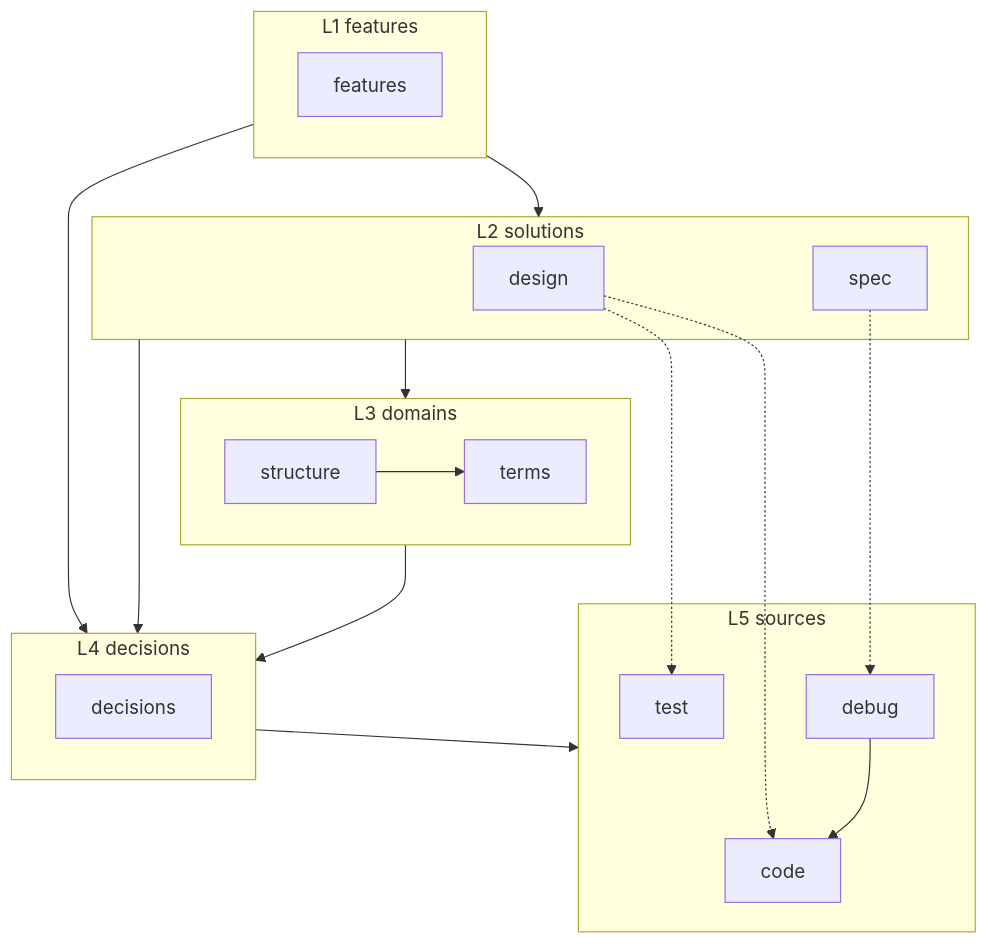
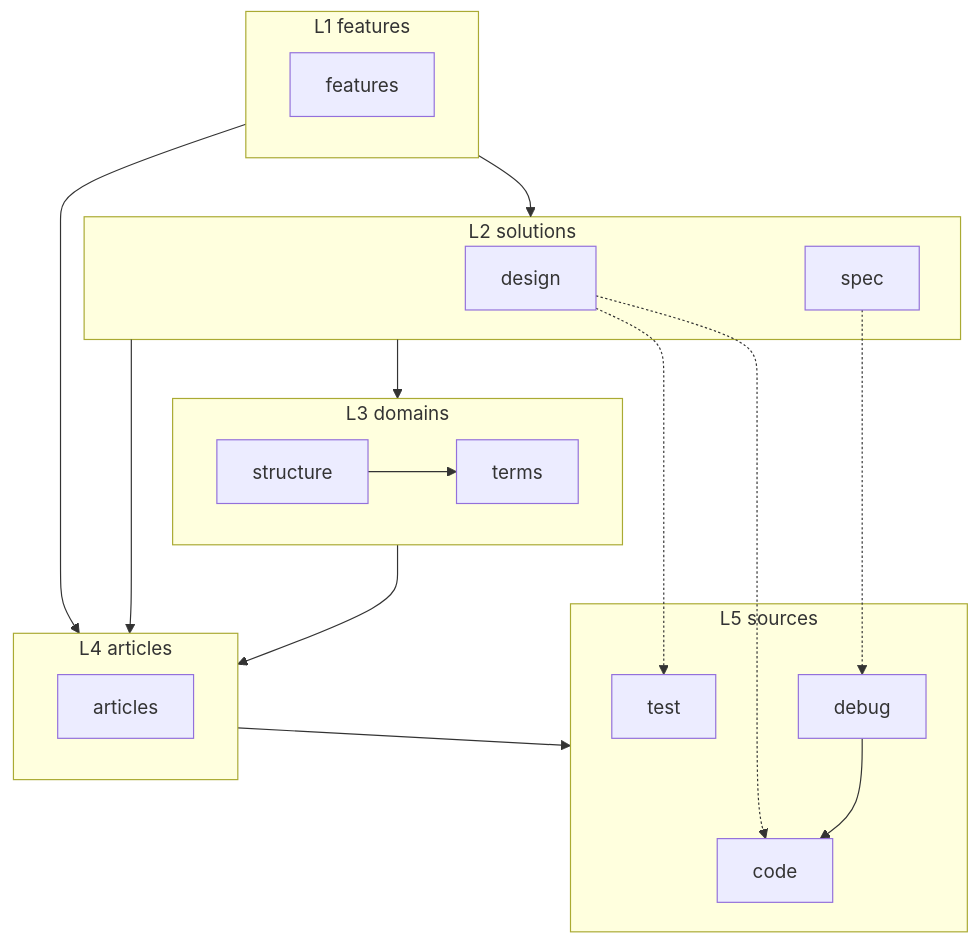
One commit to gameundwatch/archivist changed the diagram in README.md. Above: the diagram before and after it, drawn with Mermaid. The commit also changed other lines of this file and 71 other files, not shown here.

````diff
--- a/README.md
+++ b/README.md
@@ -14,30 +14,30 @@
 ```mermaid
 flowchart TD
     subgraph L1[L1 features]
         feature[features]
     end
     subgraph L2[L2 solutions]
         design
         spec
     end
     subgraph L3[L3 domains]
         terms
         structure
     end
-    subgraph L4[L4 decisions]
-        decisions
+    subgraph L4[L4 articles]
+        articles
     end
     subgraph L5[L5 sources]
         code
         test
         debug
     end
     L1 --> L2 --> L3 --> L4 --> L5
     L1 --> L4
     L2 --> L4
     structure --> terms
     debug --> code
     design -.-> code
     design -.-> test
     spec -.-> debug
 ```
````
